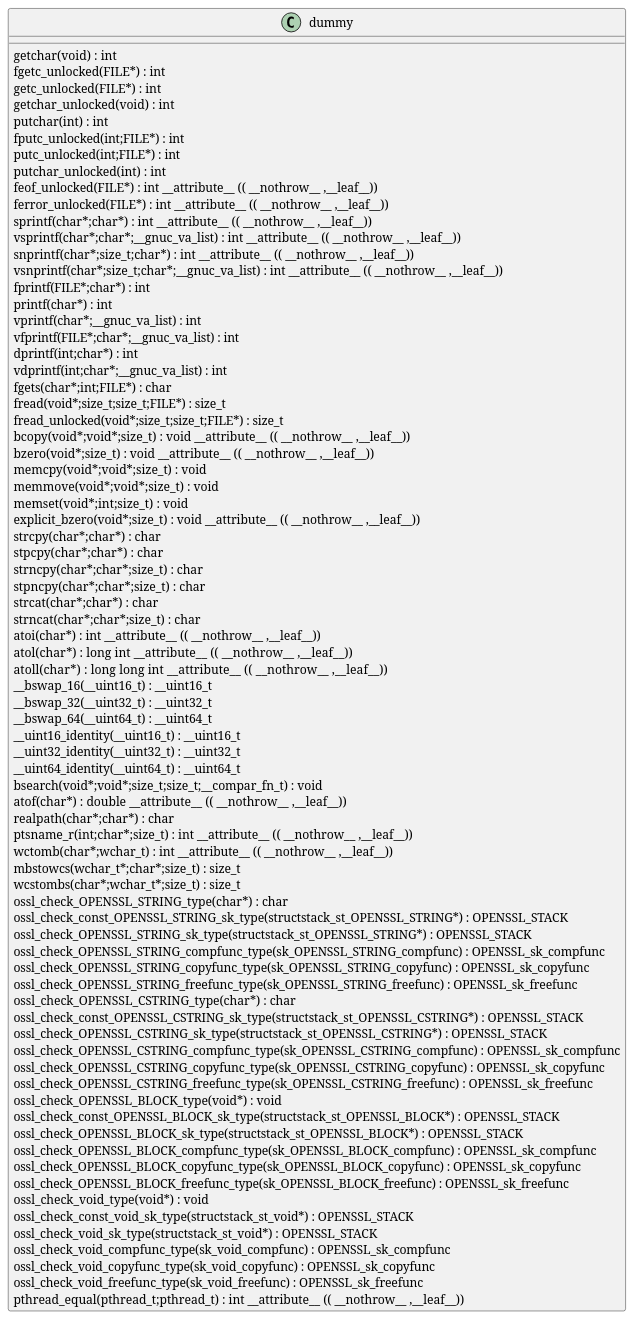
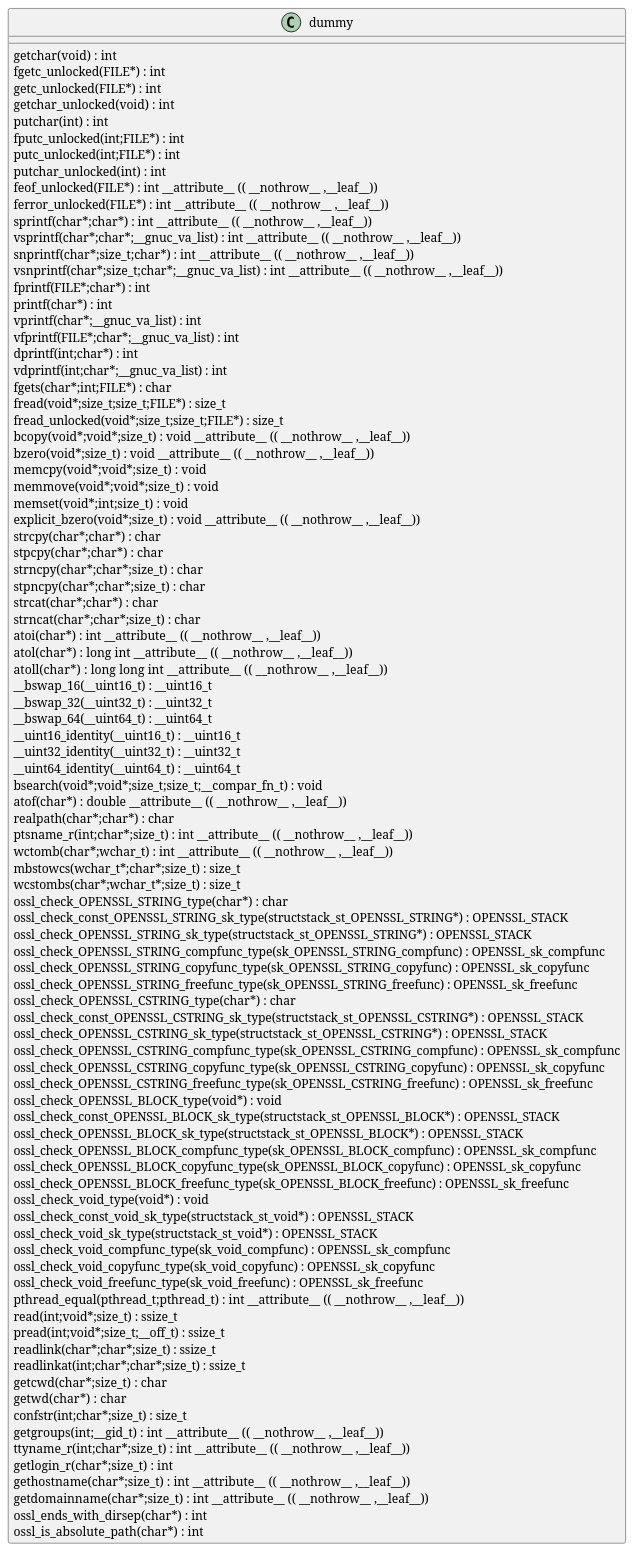
One commit to qualitesys/openssl changed the diagram in docs/qc/apps/pkeyparam.c.puml. Above: the diagram before and after it, drawn with PlantUML. The commit also changed 3667 other files, not shown here.

```diff
--- a/docs/qc/apps/pkeyparam.c.puml
+++ b/docs/qc/apps/pkeyparam.c.puml
@@ -1,81 +1,95 @@
 @startuml
 !pragma layout smetana
 class dummy {
 getchar(void) :  int  [[[./../.././qc/apps/pkeyparam.c.html#742]]]
 fgetc_unlocked(FILE*) :  int  [[[./../.././qc/apps/pkeyparam.c.html#751]]]
 getc_unlocked(FILE*) :  int  [[[./../.././qc/apps/pkeyparam.c.html#761]]]
 getchar_unlocked(void) :  int  [[[./../.././qc/apps/pkeyparam.c.html#768]]]
 putchar(int) :  int  [[[./../.././qc/apps/pkeyparam.c.html#777]]]
 fputc_unlocked(int;FILE*) :  int  [[[./../.././qc/apps/pkeyparam.c.html#786]]]
 putc_unlocked(int;FILE*) :  int  [[[./../.././qc/apps/pkeyparam.c.html#796]]]
 putchar_unlocked(int) :  int  [[[./../.././qc/apps/pkeyparam.c.html#803]]]
 feof_unlocked(FILE*) :  int  __attribute__ (( __nothrow__ ,__leaf__)) [[[./../.././qc/apps/pkeyparam.c.html#809]]]
 ferror_unlocked(FILE*) :  int  __attribute__ (( __nothrow__ ,__leaf__)) [[[./../.././qc/apps/pkeyparam.c.html#816]]]
 sprintf(char*;char*) :  int  __attribute__ (( __nothrow__ ,__leaf__)) [[[./../.././qc/apps/pkeyparam.c.html#835]]]
 vsprintf(char*;char*;__gnuc_va_list) :  int  __attribute__ (( __nothrow__ ,__leaf__)) [[[./../.././qc/apps/pkeyparam.c.html#848]]]
 snprintf(char*;size_t;char*) :  int  __attribute__ (( __nothrow__ ,__leaf__)) [[[./../.././qc/apps/pkeyparam.c.html#867]]]
 vsnprintf(char*;size_t;char*;__gnuc_va_list) :  int  __attribute__ (( __nothrow__ ,__leaf__)) [[[./../.././qc/apps/pkeyparam.c.html#881]]]
 fprintf(FILE*;char*) :  int  [[[./../.././qc/apps/pkeyparam.c.html#902]]]
 printf(char*) :  int  [[[./../.././qc/apps/pkeyparam.c.html#909]]]
 vprintf(char*;__gnuc_va_list) :  int  [[[./../.././qc/apps/pkeyparam.c.html#921]]]
 vfprintf(FILE*;char*;__gnuc_va_list) :  int  [[[./../.././qc/apps/pkeyparam.c.html#931]]]
 dprintf(int;char*) :  int  [[[./../.././qc/apps/pkeyparam.c.html#946]]]
 vdprintf(int;char*;__gnuc_va_list) :  int  [[[./../.././qc/apps/pkeyparam.c.html#957]]]
 fgets(char*;int;FILE*) :  char  [[[./../.././qc/apps/pkeyparam.c.html#976]]]
 fread(void*;size_t;size_t;FILE*) : size_t [[[./../.././qc/apps/pkeyparam.c.html#1002]]]
 fread_unlocked(void*;size_t;size_t;FILE*) : size_t [[[./../.././qc/apps/pkeyparam.c.html#1029]]]
 bcopy(void*;void*;size_t) :  void  __attribute__ (( __nothrow__ ,__leaf__)) [[[./../.././qc/apps/pkeyparam.c.html#1332]]]
 bzero(void*;size_t) :  void  __attribute__ (( __nothrow__ ,__leaf__)) [[[./../.././qc/apps/pkeyparam.c.html#1339]]]
 memcpy(void*;void*;size_t) :  void  [[[./../.././qc/apps/pkeyparam.c.html#1380]]]
 memmove(void*;void*;size_t) :  void  [[[./../.././qc/apps/pkeyparam.c.html#1388]]]
 memset(void*;int;size_t) :  void  [[[./../.././qc/apps/pkeyparam.c.html#1395]]]
 explicit_bzero(void*;size_t) :  void  __attribute__ (( __nothrow__ ,__leaf__)) [[[./../.././qc/apps/pkeyparam.c.html#1408]]]
 strcpy(char*;char*) :  char  [[[./../.././qc/apps/pkeyparam.c.html#1415]]]
 stpcpy(char*;char*) :  char  [[[./../.././qc/apps/pkeyparam.c.html#1422]]]
 strncpy(char*;char*;size_t) :  char  [[[./../.././qc/apps/pkeyparam.c.html#1430]]]
 stpncpy(char*;char*;size_t) :  char  [[[./../.././qc/apps/pkeyparam.c.html#1440]]]
 strcat(char*;char*) :  char  [[[./../.././qc/apps/pkeyparam.c.html#1447]]]
 strncat(char*;char*;size_t) :  char  [[[./../.././qc/apps/pkeyparam.c.html#1454]]]
 atoi(char*) :  int  __attribute__ (( __nothrow__ ,__leaf__)) [[[./../.././qc/apps/pkeyparam.c.html#1582]]]
 atol(char*) :  long  int  __attribute__ (( __nothrow__ ,__leaf__)) [[[./../.././qc/apps/pkeyparam.c.html#1587]]]
 atoll(char*) :  long  long  int  __attribute__ (( __nothrow__ ,__leaf__)) [[[./../.././qc/apps/pkeyparam.c.html#1594]]]
 __bswap_16(__uint16_t) : __uint16_t [[[./../.././qc/apps/pkeyparam.c.html#1747]]]
 __bswap_32(__uint32_t) : __uint32_t [[[./../.././qc/apps/pkeyparam.c.html#1762]]]
 __bswap_64(__uint64_t) : __uint64_t [[[./../.././qc/apps/pkeyparam.c.html#1772]]]
 __uint16_identity(__uint16_t) : __uint16_t [[[./../.././qc/apps/pkeyparam.c.html#1784]]]
 __uint32_identity(__uint32_t) : __uint32_t [[[./../.././qc/apps/pkeyparam.c.html#1790]]]
 __uint64_identity(__uint64_t) : __uint64_t [[[./../.././qc/apps/pkeyparam.c.html#1796]]]
 bsearch(void*;void*;size_t;size_t;__compar_fn_t) :  void  [[[./../.././qc/apps/pkeyparam.c.html#2464]]]
 atof(char*) :  double  __attribute__ (( __nothrow__ ,__leaf__)) [[[./../.././qc/apps/pkeyparam.c.html#19100]]]
 realpath(char*;char*) :  char  [[[./../.././qc/apps/pkeyparam.c.html#1]]]
 ptsname_r(int;char*;size_t) :  int  __attribute__ (( __nothrow__ ,__leaf__)) [[[./../.././qc/apps/pkeyparam.c.html#1]]]
 wctomb(char*;wchar_t) :  int  __attribute__ (( __nothrow__ ,__leaf__)) [[[./../.././qc/apps/pkeyparam.c.html#1]]]
 mbstowcs(wchar_t*;char*;size_t) : size_t [[[./../.././qc/apps/pkeyparam.c.html#1]]]
 wcstombs(char*;wchar_t*;size_t) : size_t [[[./../.././qc/apps/pkeyparam.c.html#1]]]
 ossl_check_OPENSSL_STRING_type(char*) :  char  [[[./../.././qc/apps/pkeyparam.c.html#1]]]
 ossl_check_const_OPENSSL_STRING_sk_type(structstack_st_OPENSSL_STRING*) : OPENSSL_STACK [[[./../.././qc/apps/pkeyparam.c.html#1]]]
 ossl_check_OPENSSL_STRING_sk_type(structstack_st_OPENSSL_STRING*) : OPENSSL_STACK [[[./../.././qc/apps/pkeyparam.c.html#1]]]
 ossl_check_OPENSSL_STRING_compfunc_type(sk_OPENSSL_STRING_compfunc) : OPENSSL_sk_compfunc [[[./../.././qc/apps/pkeyparam.c.html#1]]]
 ossl_check_OPENSSL_STRING_copyfunc_type(sk_OPENSSL_STRING_copyfunc) : OPENSSL_sk_copyfunc [[[./../.././qc/apps/pkeyparam.c.html#1]]]
 ossl_check_OPENSSL_STRING_freefunc_type(sk_OPENSSL_STRING_freefunc) : OPENSSL_sk_freefunc [[[./../.././qc/apps/pkeyparam.c.html#1]]]
 ossl_check_OPENSSL_CSTRING_type(char*) :  char  [[[./../.././qc/apps/pkeyparam.c.html#1]]]
 ossl_check_const_OPENSSL_CSTRING_sk_type(structstack_st_OPENSSL_CSTRING*) : OPENSSL_STACK [[[./../.././qc/apps/pkeyparam.c.html#1]]]
 ossl_check_OPENSSL_CSTRING_sk_type(structstack_st_OPENSSL_CSTRING*) : OPENSSL_STACK [[[./../.././qc/apps/pkeyparam.c.html#1]]]
 ossl_check_OPENSSL_CSTRING_compfunc_type(sk_OPENSSL_CSTRING_compfunc) : OPENSSL_sk_compfunc [[[./../.././qc/apps/pkeyparam.c.html#1]]]
 ossl_check_OPENSSL_CSTRING_copyfunc_type(sk_OPENSSL_CSTRING_copyfunc) : OPENSSL_sk_copyfunc [[[./../.././qc/apps/pkeyparam.c.html#1]]]
 ossl_check_OPENSSL_CSTRING_freefunc_type(sk_OPENSSL_CSTRING_freefunc) : OPENSSL_sk_freefunc [[[./../.././qc/apps/pkeyparam.c.html#1]]]
 ossl_check_OPENSSL_BLOCK_type(void*) :  void  [[[./../.././qc/apps/pkeyparam.c.html#1]]]
 ossl_check_const_OPENSSL_BLOCK_sk_type(structstack_st_OPENSSL_BLOCK*) : OPENSSL_STACK [[[./../.././qc/apps/pkeyparam.c.html#1]]]
 ossl_check_OPENSSL_BLOCK_sk_type(structstack_st_OPENSSL_BLOCK*) : OPENSSL_STACK [[[./../.././qc/apps/pkeyparam.c.html#1]]]
 ossl_check_OPENSSL_BLOCK_compfunc_type(sk_OPENSSL_BLOCK_compfunc) : OPENSSL_sk_compfunc [[[./../.././qc/apps/pkeyparam.c.html#1]]]
 ossl_check_OPENSSL_BLOCK_copyfunc_type(sk_OPENSSL_BLOCK_copyfunc) : OPENSSL_sk_copyfunc [[[./../.././qc/apps/pkeyparam.c.html#1]]]
 ossl_check_OPENSSL_BLOCK_freefunc_type(sk_OPENSSL_BLOCK_freefunc) : OPENSSL_sk_freefunc [[[./../.././qc/apps/pkeyparam.c.html#1]]]
 ossl_check_void_type(void*) :  void  [[[./../.././qc/apps/pkeyparam.c.html#1]]]
 ossl_check_const_void_sk_type(structstack_st_void*) : OPENSSL_STACK [[[./../.././qc/apps/pkeyparam.c.html#1]]]
 ossl_check_void_sk_type(structstack_st_void*) : OPENSSL_STACK [[[./../.././qc/apps/pkeyparam.c.html#1]]]
 ossl_check_void_compfunc_type(sk_void_compfunc) : OPENSSL_sk_compfunc [[[./../.././qc/apps/pkeyparam.c.html#1]]]
 ossl_check_void_copyfunc_type(sk_void_copyfunc) : OPENSSL_sk_copyfunc [[[./../.././qc/apps/pkeyparam.c.html#1]]]
 ossl_check_void_freefunc_type(sk_void_freefunc) : OPENSSL_sk_freefunc [[[./../.././qc/apps/pkeyparam.c.html#1]]]
 pthread_equal(pthread_t;pthread_t) :  int  __attribute__ (( __nothrow__ ,__leaf__)) [[[./../.././qc/apps/pkeyparam.c.html#1]]]
+read(int;void*;size_t) : ssize_t [[[./../.././qc/apps/pkeyparam.c.html#1]]]
+pread(int;void*;size_t;__off_t) : ssize_t [[[./../.././qc/apps/pkeyparam.c.html#1]]]
+readlink(char*;char*;size_t) : ssize_t [[[./../.././qc/apps/pkeyparam.c.html#1]]]
+readlinkat(int;char*;char*;size_t) : ssize_t [[[./../.././qc/apps/pkeyparam.c.html#1]]]
+getcwd(char*;size_t) :  char  [[[./../.././qc/apps/pkeyparam.c.html#1]]]
+getwd(char*) :  char  [[[./../.././qc/apps/pkeyparam.c.html#1]]]
+confstr(int;char*;size_t) : size_t [[[./../.././qc/apps/pkeyparam.c.html#1]]]
+getgroups(int;__gid_t) :  int  __attribute__ (( __nothrow__ ,__leaf__)) [[[./../.././qc/apps/pkeyparam.c.html#1]]]
+ttyname_r(int;char*;size_t) :  int  __attribute__ (( __nothrow__ ,__leaf__)) [[[./../.././qc/apps/pkeyparam.c.html#1]]]
+getlogin_r(char*;size_t) :  int  [[[./../.././qc/apps/pkeyparam.c.html#1]]]
+gethostname(char*;size_t) :  int  __attribute__ (( __nothrow__ ,__leaf__)) [[[./../.././qc/apps/pkeyparam.c.html#1]]]
+getdomainname(char*;size_t) :  int  __attribute__ (( __nothrow__ ,__leaf__)) [[[./../.././qc/apps/pkeyparam.c.html#1]]]
+ossl_ends_with_dirsep(char*) :  int  [[[./../.././qc/apps/pkeyparam.c.html#1]]]
+ossl_is_absolute_path(char*) :  int  [[[./../.././qc/apps/pkeyparam.c.html#1]]]
 } 
 @enduml
```
